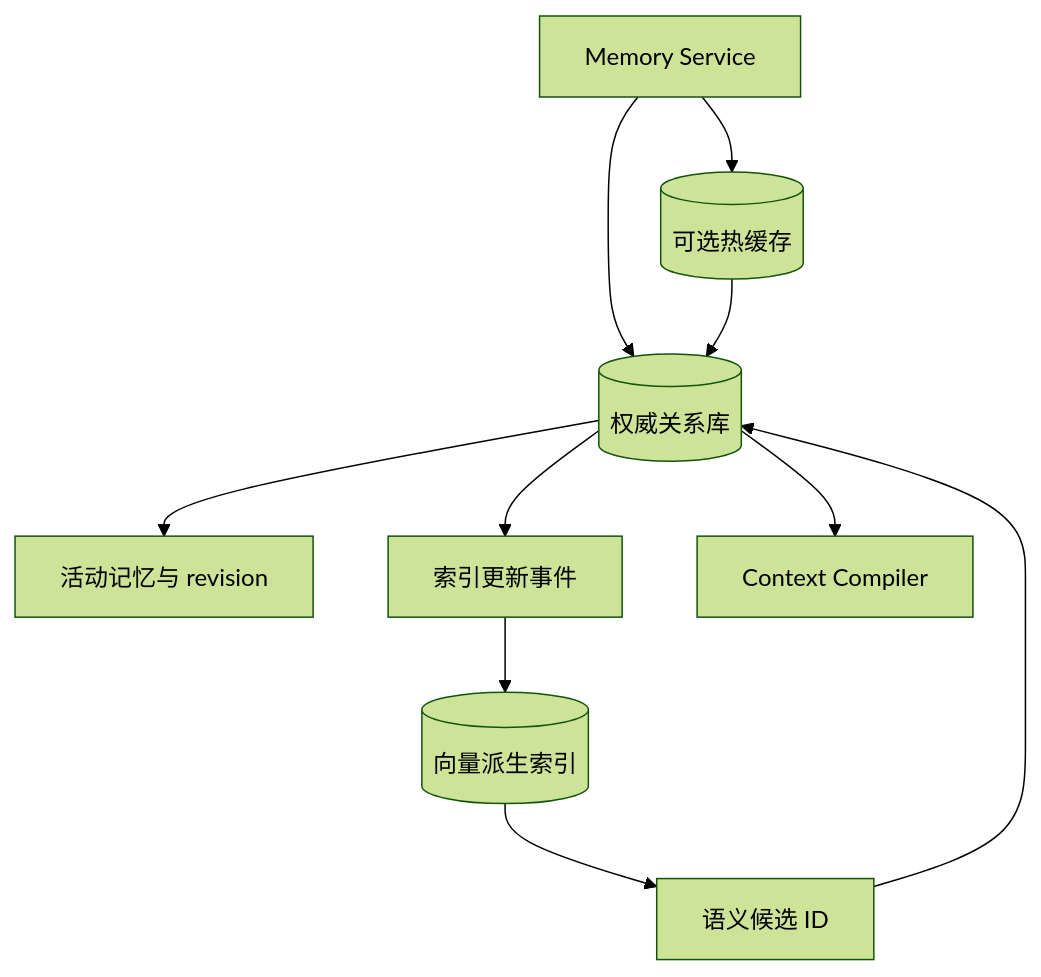
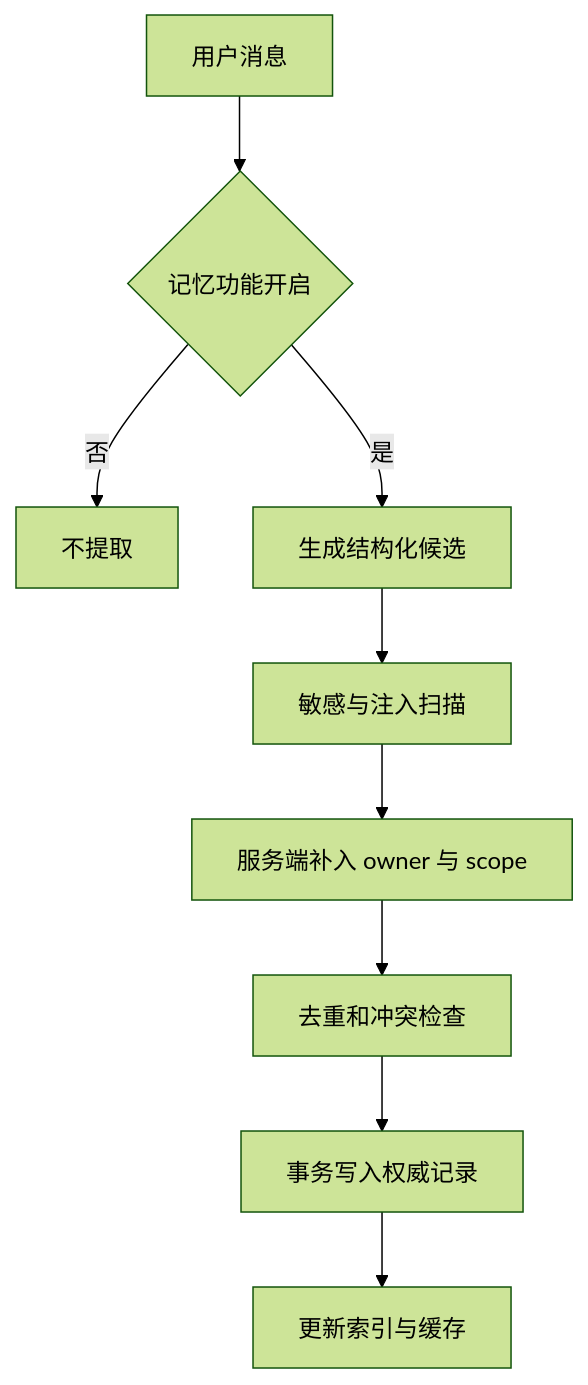
One commit to upJiang/jiang-blog-vitepress changed the first of 2 diagrams in docs/ai-agent/memory-architecture-retrieval.md. Above: the diagram before and after it, drawn with Mermaid (forest theme). The commit also changed other lines of this file and 365 other files, not shown here.

````diff
--- a/docs/ai-agent/memory-architecture-retrieval.md
+++ b/docs/ai-agent/memory-architecture-retrieval.md
@@ -91,12 +91,11 @@
 ```mermaid
 flowchart TD
-    A[Memory Service] --> B[(权威关系库)]
-    B --> C[活动记忆与 revision]
-    B --> D[索引更新事件]
-    D --> E[(向量派生索引)]
-    A --> F[(可选热缓存)]
-    E --> G[语义候选 ID]
-    G --> B
-    F --> B
-    B --> H[Context Compiler]
+    A[用户消息] --> B{记忆功能开启}
+    B -->|否| C[不提取]
+    B -->|是| D[生成结构化候选]
+    D --> E[敏感与注入扫描]
+    E --> F[服务端补入 owner 与 scope]
+    F --> G[去重和冲突检查]
+    G --> H[事务写入权威记录]
+    H --> I[更新索引与缓存]
 ```
````
